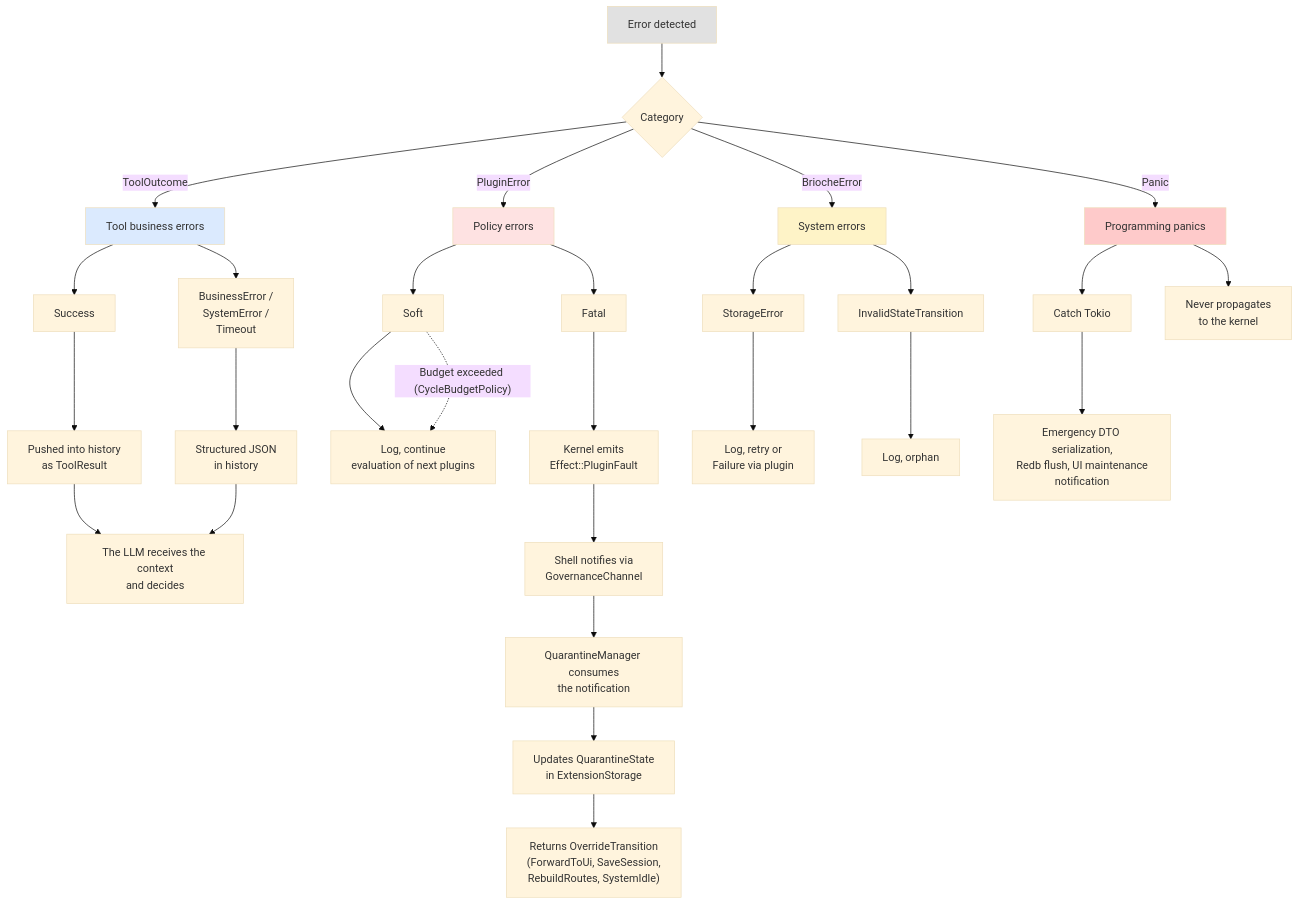
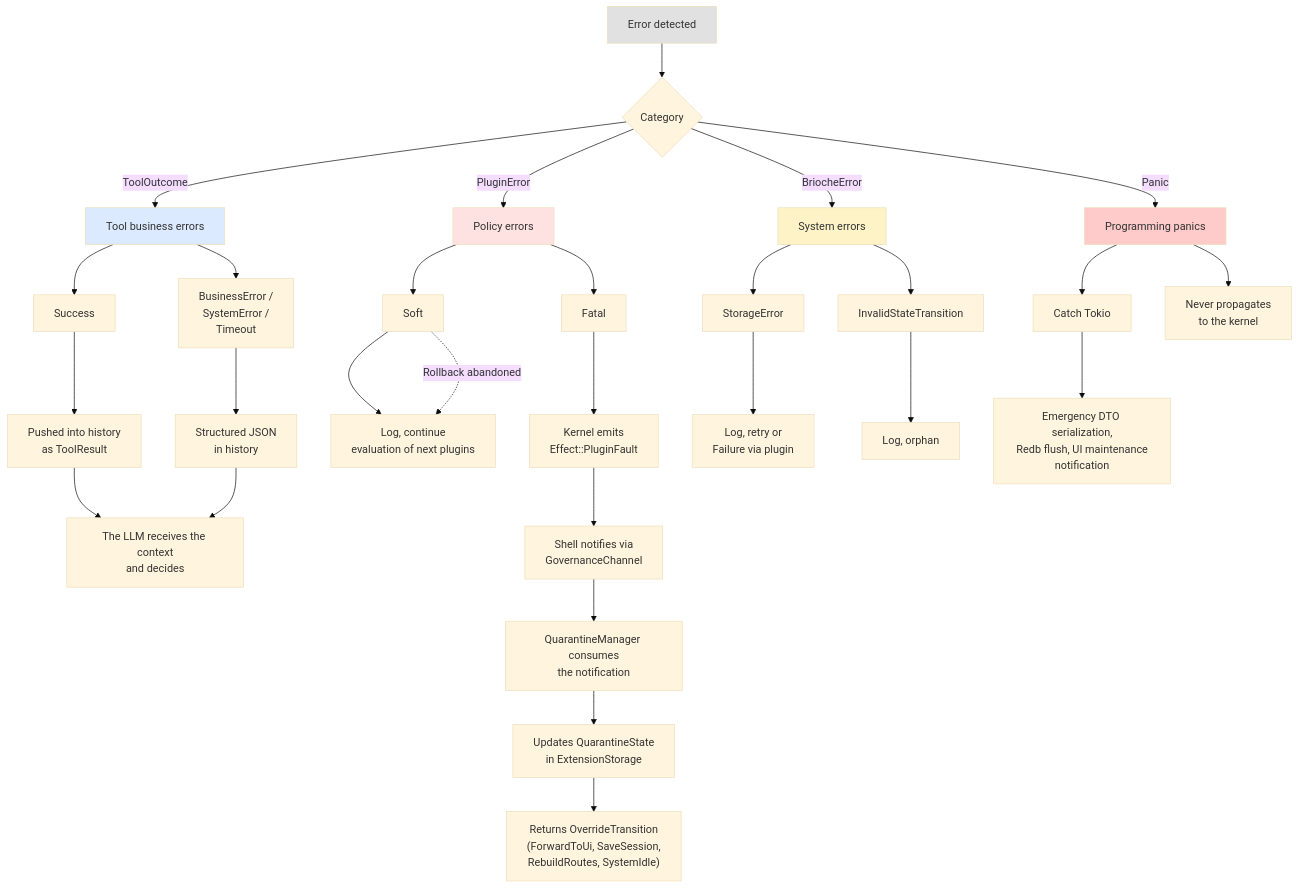
The third of 3 diagrams in SPECS.md (brio-labs/brioche), drawn with Mermaid (base theme) before and after one commit. The commit also changed other lines of this file and 15 other files, not shown here.

````diff
--- a/SPECS.md
+++ b/SPECS.md
@@ -4424,34 +4376,34 @@
 ```mermaid
 flowchart TD
     START["Error detected"] --> BRANCH{Category}
     
     BRANCH -->|ToolOutcome| TO["Tool business errors"]
     BRANCH -->|PluginError| PE["Policy errors"]
     BRANCH -->|BriocheError| SE["System errors"]
     BRANCH -->|Panic| PA["Programming panics"]
     
     TO --> TO_S["Success"] --> TO_H["Pushed into history<br/>as ToolResult"]
     TO --> TO_E["BusinessError /<br/>SystemError /<br/>Timeout"] --> TO_J["Structured JSON<br/>in history"]
     TO_H --> TO_L["The LLM receives the context<br/>and decides"]
     TO_J --> TO_L
     
     PE --> PE_S["Soft"] --> PE_C["Log, continue<br/>evaluation of next plugins"]
     PE --> PE_F["Fatal"] --> PE_PF["Kernel emits<br/>Effect::PluginFault"]
     PE_PF --> PE_GN["Shell notifies via<br/>GovernanceChannel"]
     PE_GN --> PE_QM["QuarantineManager consumes<br/>the notification"]
     PE_QM --> PE_QU["Updates QuarantineState<br/>in ExtensionStorage"]
     PE_QU --> PE_OT["Returns OverrideTransition<br/>(ForwardToUi, SaveSession,<br/>RebuildRoutes, SystemIdle)"]
-    PE_S -.->|"Budget exceeded (CycleBudgetPolicy)"| PE_C
+    PE_S -.->|"Rollback abandoned"| PE_C
     
     SE --> SE_ST["StorageError"] --> SE_R["Log, retry or<br/>Failure via plugin"]
     SE --> SE_IS["InvalidStateTransition"] --> SE_O["Log, orphan"]
     
     PA --> PA_T["Catch Tokio"] --> PA_UR["Emergency DTO serialization,<br/>Redb flush, UI maintenance<br/>notification"]
     PA --> PA_NP["Never propagates<br/>to the kernel"]
     
     style START fill:#e1e1e1
     style TO fill:#dbeafe
     style PE fill:#fee2e2
     style SE fill:#fef3c7
     style PA fill:#fecaca
 ```
````
